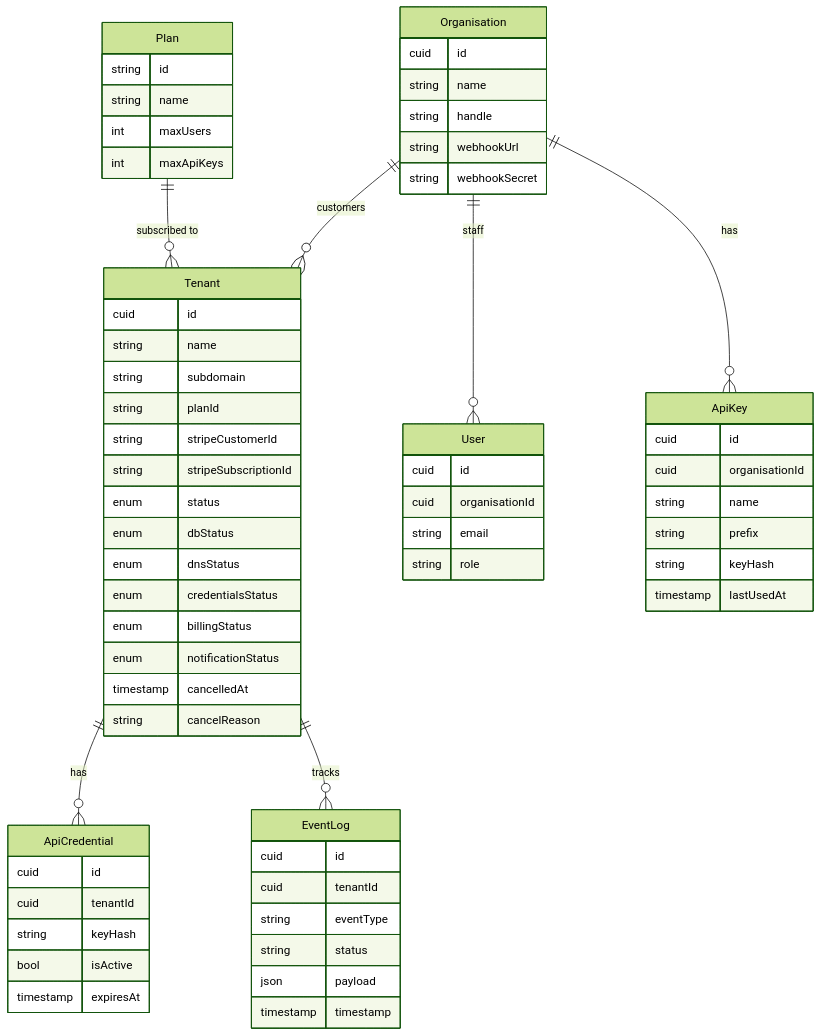
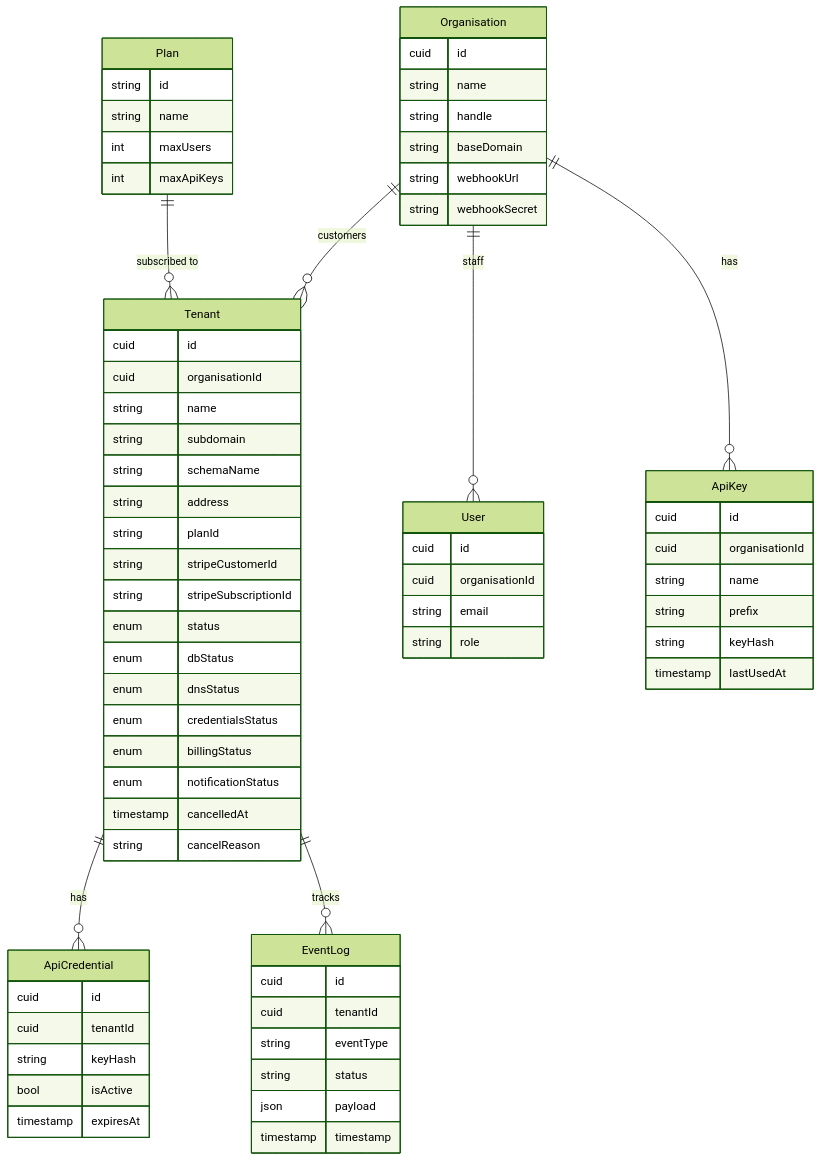
Before and after one commit to Olayanju-1234/liftoff: the third of 3 diagrams in README.md, drawn with Mermaid (forest theme). The commit also changed other lines of this file, not shown here.

Commit message:
docs(readme): org-scoped tenant uniqueness, baseDomain, address and schemaName

````diff
--- a/README.md
+++ b/README.md
@@ -177,74 +177,78 @@
 ```mermaid
 erDiagram
     Plan {
         string id
         string name
         int maxUsers
         int maxApiKeys
     }
 
     Tenant {
         cuid id
+        cuid organisationId
         string name
         string subdomain
+        string schemaName
+        string address
         string planId
         string stripeCustomerId
         string stripeSubscriptionId
         enum status
         enum dbStatus
         enum dnsStatus
         enum credentialsStatus
         enum billingStatus
         enum notificationStatus
         timestamp cancelledAt
         string cancelReason
     }
 
     Organisation {
         cuid id
         string name
         string handle
+        string baseDomain
         string webhookUrl
         string webhookSecret
     }
 
     User {
         cuid id
         cuid organisationId
         string email
         string role
     }
 
     ApiKey {
         cuid id
         cuid organisationId
         string name
         string prefix
         string keyHash
         timestamp lastUsedAt
     }
 
     ApiCredential {
         cuid id
         cuid tenantId
         string keyHash
         bool isActive
         timestamp expiresAt
     }
 
     EventLog {
         cuid id
         cuid tenantId
         string eventType
         string status
         json payload
         timestamp timestamp
     }
 
     Plan ||--o{ Tenant : "subscribed to"
     Organisation ||--o{ User : "staff"
     Organisation ||--o{ Tenant : "customers"
     Organisation ||--o{ ApiKey : "has"
     Tenant ||--o{ ApiCredential : "has"
     Tenant ||--o{ EventLog : "tracks"
 ```
````
